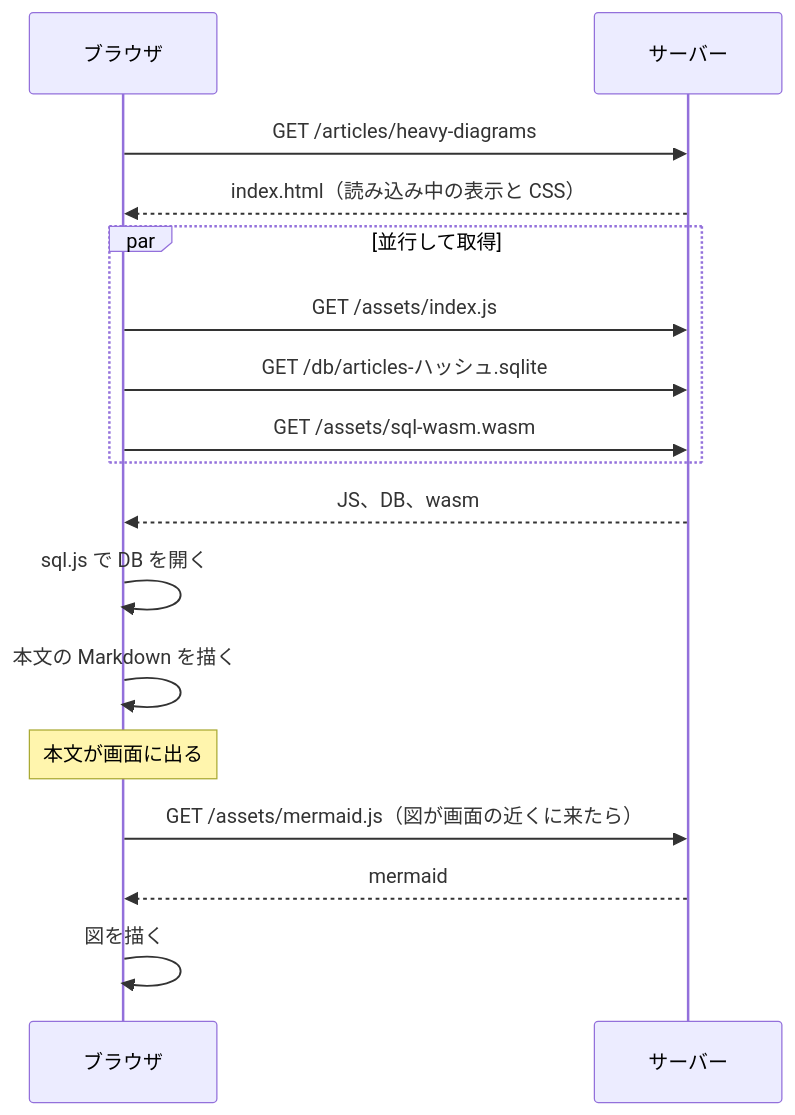
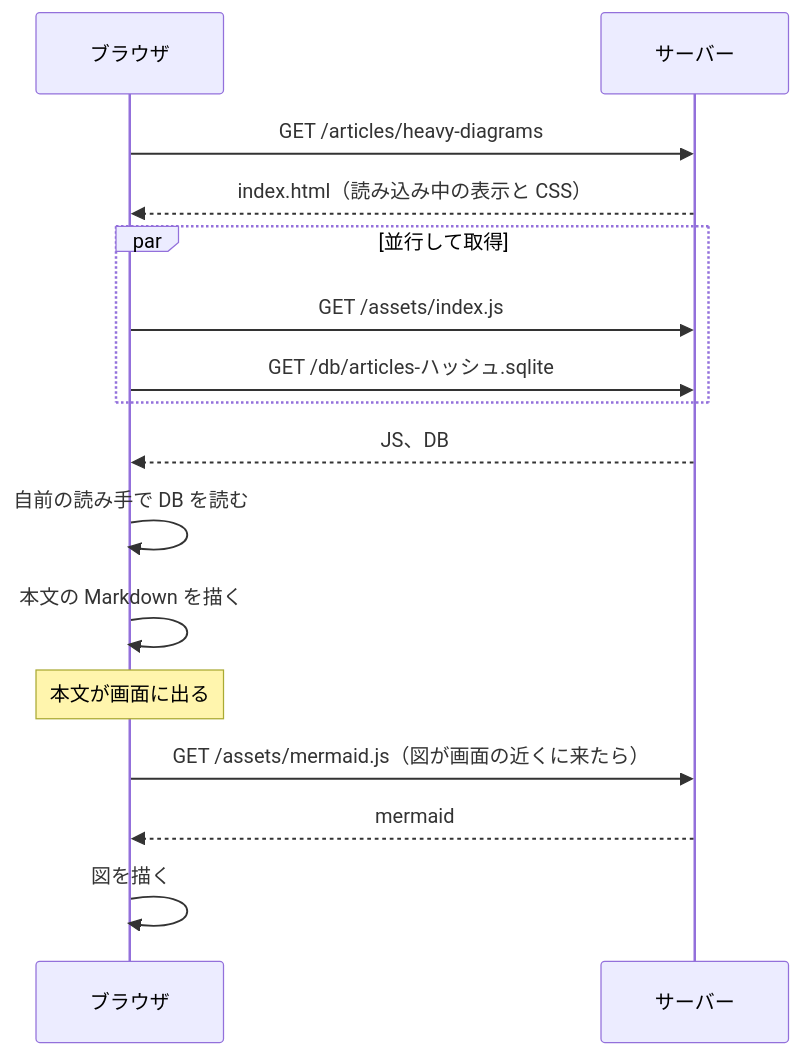
Before and after one commit to tett23/sqlite-cms: the second of 11 diagrams in example/content/articles/heavy-diagrams.md, drawn with Mermaid. The commit also changed other lines of this file and 34 other files, not shown here.

````diff
--- a/example/content/articles/heavy-diagrams.md
+++ b/example/content/articles/heavy-diagrams.md
@@ -36,19 +36,18 @@
 ```mermaid
 sequenceDiagram
   participant B as ブラウザ
   participant S as サーバー
   B->>S: GET /articles/heavy-diagrams
   S-->>B: index.html（読み込み中の表示と CSS）
   par 並行して取得
     B->>S: GET /assets/index.js
     B->>S: GET /db/articles-ハッシュ.sqlite
-    B->>S: GET /assets/sql-wasm.wasm
   end
-  S-->>B: JS、DB、wasm
-  B->>B: sql.js で DB を開く
+  S-->>B: JS、DB
+  B->>B: 自前の読み手で DB を読む
   B->>B: 本文の Markdown を描く
   Note over B: 本文が画面に出る
   B->>S: GET /assets/mermaid.js（図が画面の近くに来たら）
   S-->>B: mermaid
   B->>B: 図を描く
 ```
````
